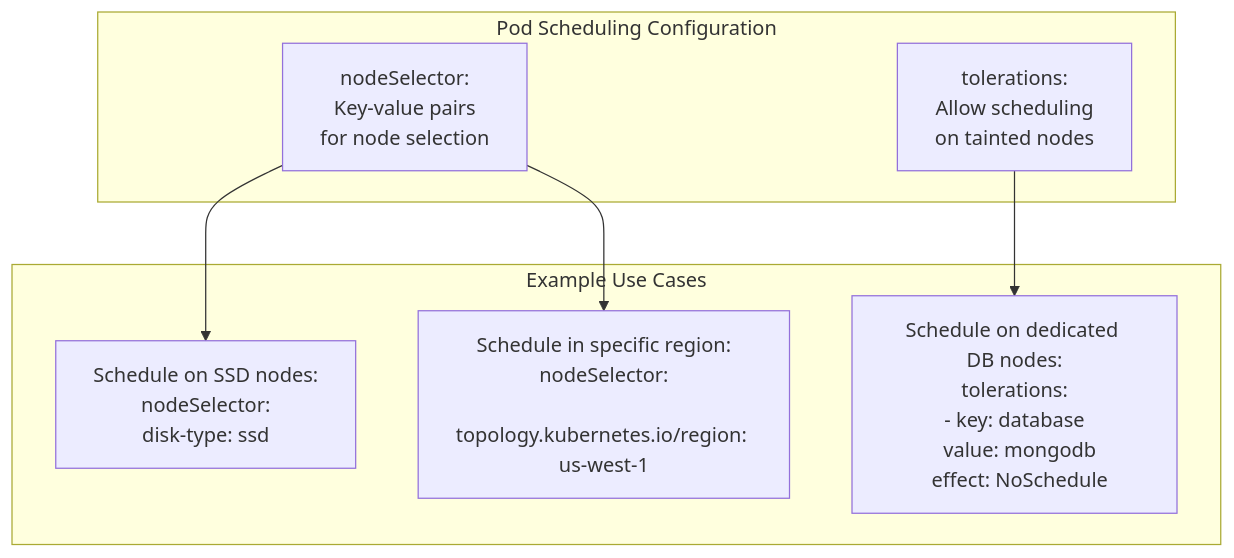
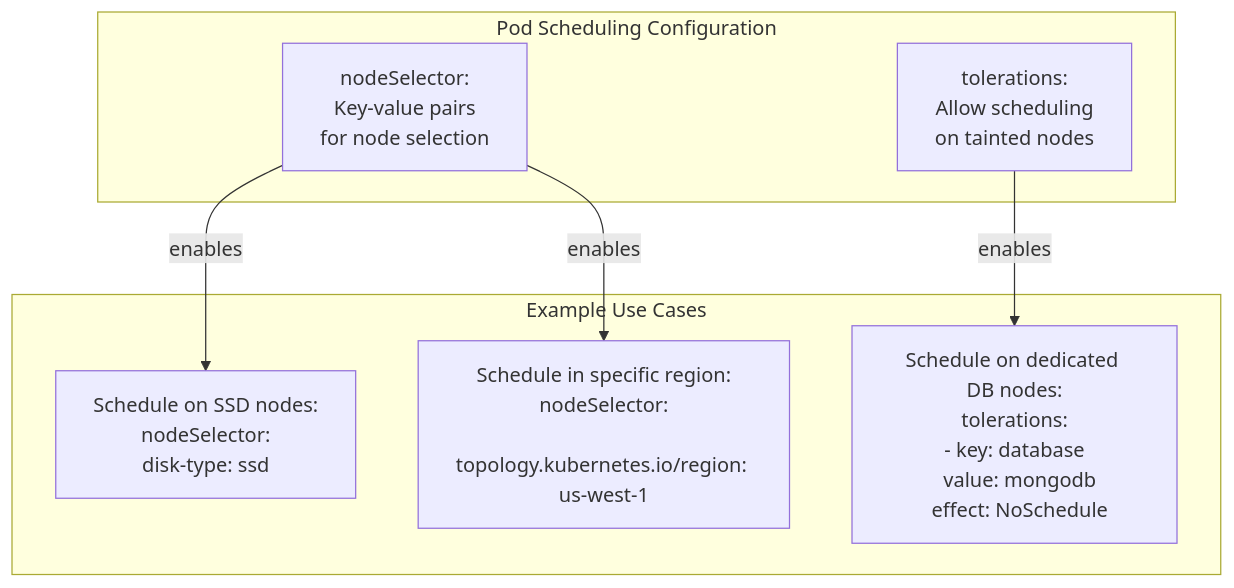
Before and after one commit to openchoreo/openchoreo: the sixth of 8 diagrams in docs/hyperdxio-helm-charts-docs/MongoDB.md, drawn with Mermaid. The commit also changed other lines of this file and 85 other files, not shown here.

Commit message:
feat: Add new workflow and specification templates, update Helm chart dependencies, and clarify documentation diagrams.

````diff
--- a/docs/hyperdxio-helm-charts-docs/MongoDB.md
+++ b/docs/hyperdxio-helm-charts-docs/MongoDB.md
@@ -321,24 +321,24 @@
 ```mermaid
 flowchart TD
 
 NodeSelector["nodeSelector:<br>Key-value pairs<br>for node selection"]
 Tolerations["tolerations:<br>Allow scheduling<br>on tainted nodes"]
 SSD["Schedule on SSD nodes:<br>nodeSelector:<br>  disk-type: ssd"]
 DedicatedDB["Schedule on dedicated DB nodes:<br>tolerations:<br>- key: database<br>  value: mongodb<br>  effect: NoSchedule"]
 Region["Schedule in specific region:<br>nodeSelector:<br>  topology.kubernetes.io/region: us-west-1"]
 
-NodeSelector --> SSD
-NodeSelector --> Region
-Tolerations --> DedicatedDB
+NodeSelector -->|"enables"| SSD
+NodeSelector -->|"enables"| Region
+Tolerations -->|"enables"| DedicatedDB
 
 subgraph subGraph1 ["Example Use Cases"]
     SSD
     DedicatedDB
     Region
 end
 
 subgraph subGraph0 ["Pod Scheduling Configuration"]
     NodeSelector
     Tolerations
 end
 ```
````
